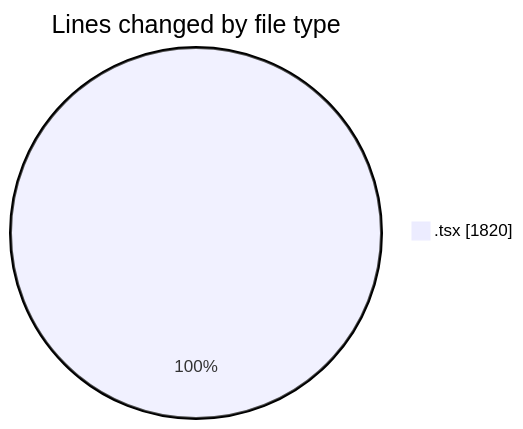
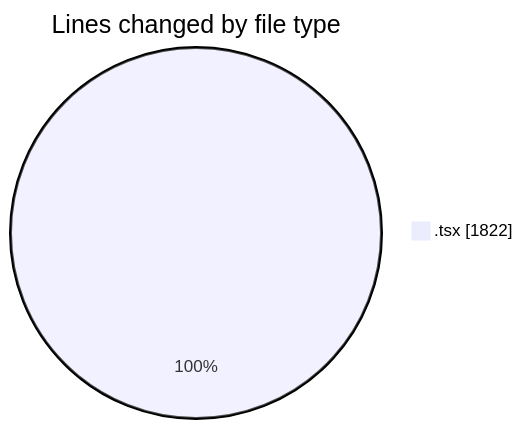
Before and after one commit to nxtqubesakshisongat/code-tracking: the first of 2 diagrams in 2026-04-09/airfeed-analytics-dashboard/README.md, drawn with Mermaid. The commit also changed other lines of this file and 1 other file, not shown here.

````diff
--- a/2026-04-09/airfeed-analytics-dashboard/README.md
+++ b/2026-04-09/airfeed-analytics-dashboard/README.md
@@ -26,5 +26,5 @@
 ```mermaid
 pie showData
 title Lines changed by file type
-".tsx" : 1820
+".tsx" : 1822
 ```
````
